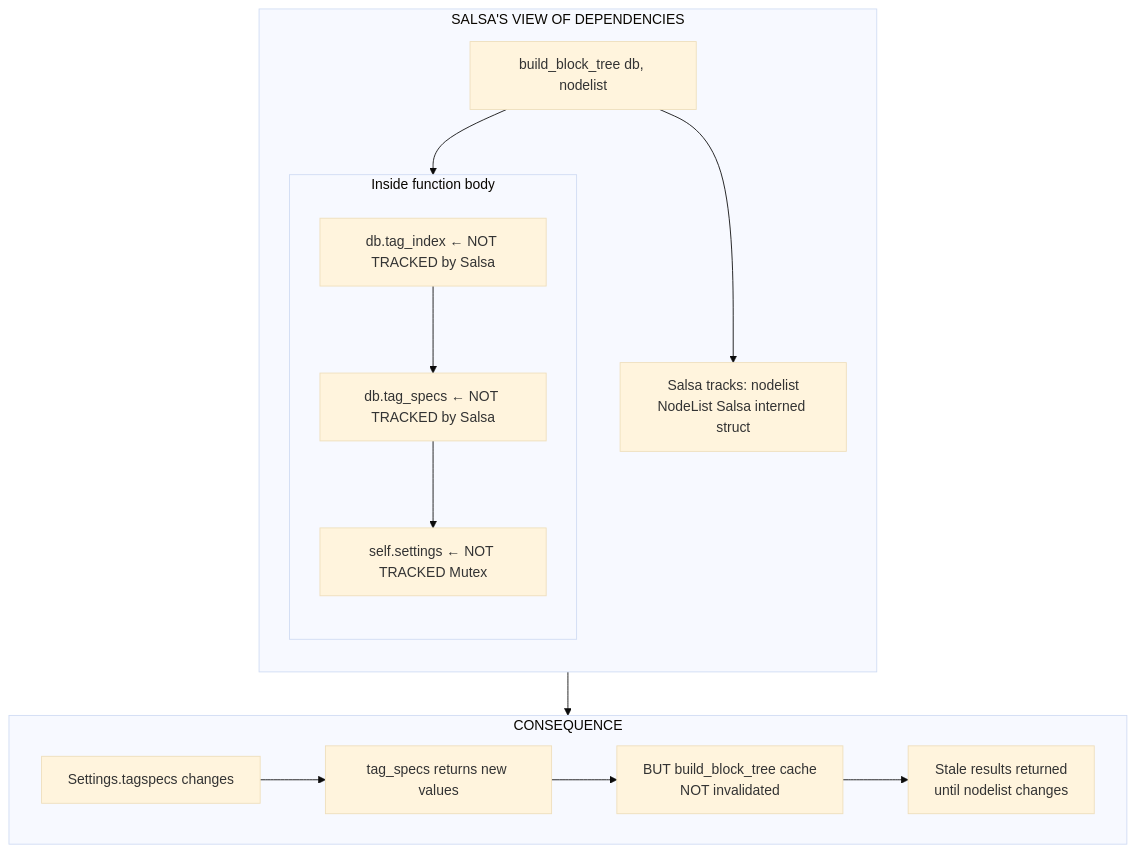
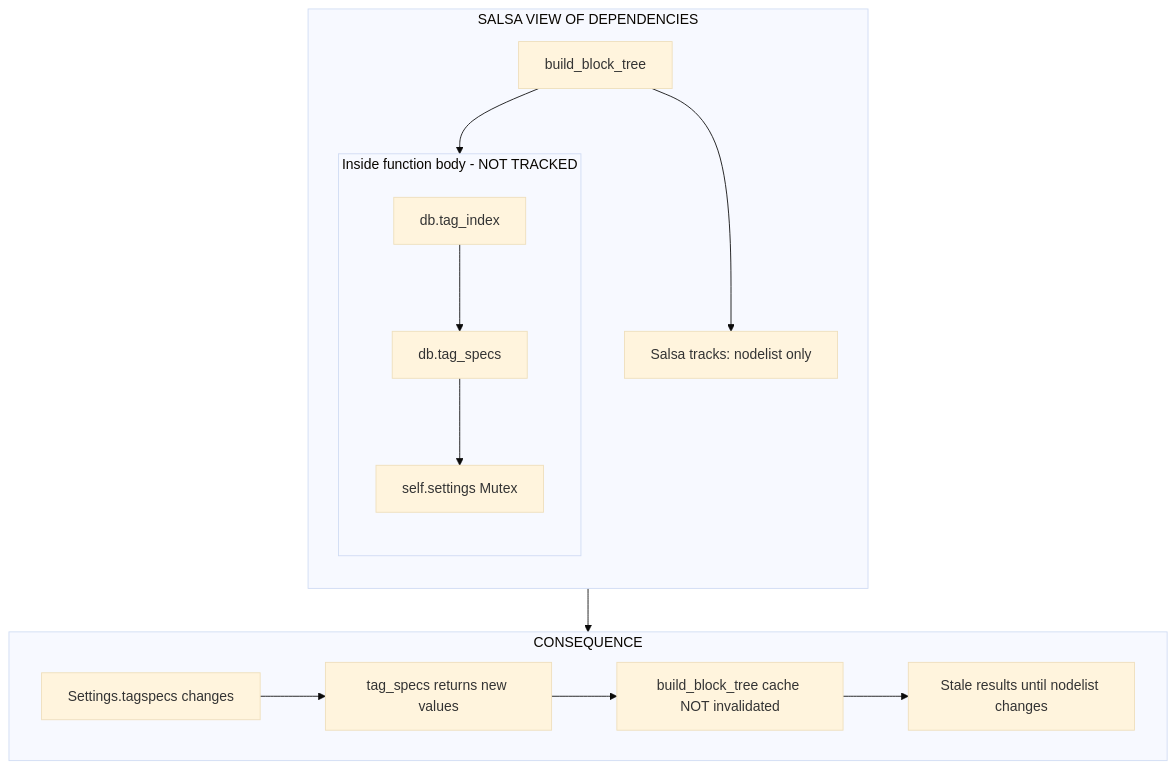
The second of 2 diagrams in .agents/research/2026-02-04_salsa-settings-invalidation.md (joshuadavidthomas/django-language-server), drawn with Mermaid (base theme) before and after one commit. The commit also changed other lines of this file and 12 other files, not shown here.

Commit message:
change ASCII diagrams to Mermaid

````diff
--- a/.agents/research/2026-02-04_salsa-settings-invalidation.md
+++ b/.agents/research/2026-02-04_salsa-settings-invalidation.md
@@ -171,27 +171,27 @@
 ```mermaid
 flowchart TB
-    subgraph SalsaView["SALSA'S VIEW OF DEPENDENCIES"]
+    subgraph SalsaView["SALSA VIEW OF DEPENDENCIES"]
         direction TB
-        BBT["build_block_tree db, nodelist"]
-        BBT --> SalsaTracked["Salsa tracks: nodelist<br/>NodeList Salsa interned struct"]
-
-        subgraph Inside["Inside function body"]
+        BBT["build_block_tree"]
+        BBT --> SalsaTracked["Salsa tracks: nodelist only"]
+        
+        subgraph Inside["Inside function body - NOT TRACKED"]
             direction TB
-            TI["db.tag_index ← NOT TRACKED by Salsa"]
-            TI --> TS["db.tag_specs ← NOT TRACKED by Salsa"]
-            TS --> Settings["self.settings ← NOT TRACKED Mutex"]
+            TI["db.tag_index"]
+            TI --> TS["db.tag_specs"]
+            TS --> Settings["self.settings Mutex"]
         end
-
+        
         BBT --> Inside
     end
-
+    
     subgraph Consequence["CONSEQUENCE"]
         direction LR
         Change["Settings.tagspecs changes"]
         Change --> NewVals["tag_specs returns new values"]
-        NewVals --> NotInval["BUT build_block_tree cache<br/>NOT invalidated"]
-        NotInval --> Stale["Stale results returned<br/>until nodelist changes"]
+        NewVals --> NotInval["build_block_tree cache NOT invalidated"]
+        NotInval --> Stale["Stale results until nodelist changes"]
     end
-
+    
     SalsaView --> Consequence
 ```
````
